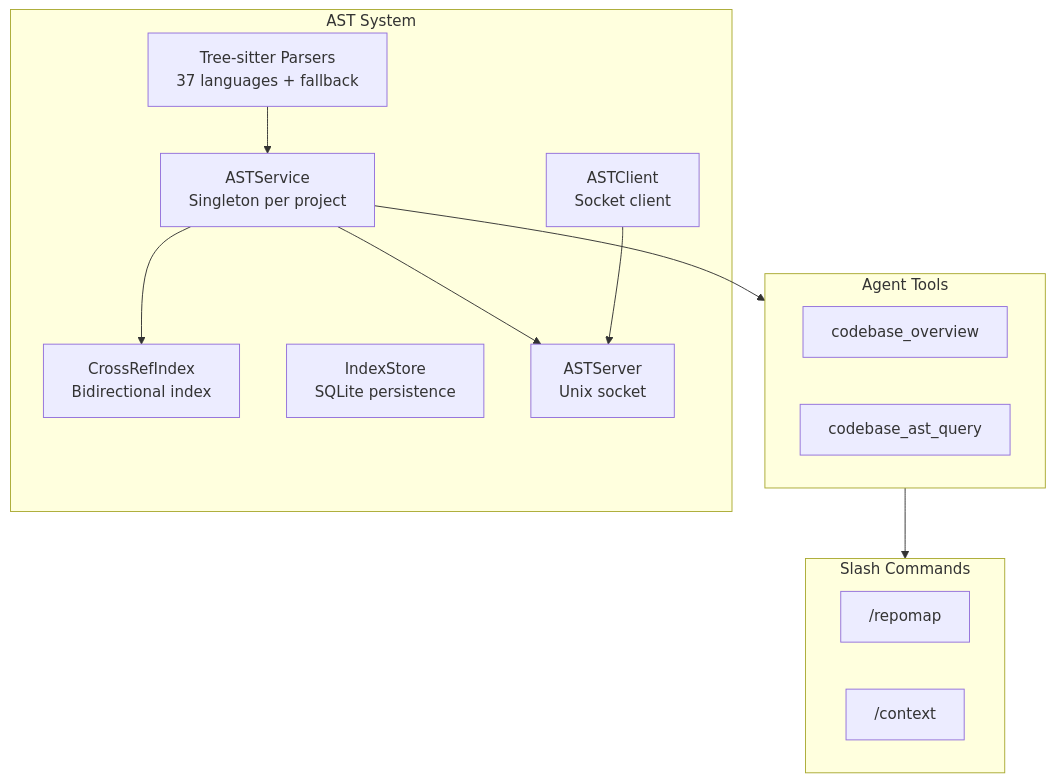
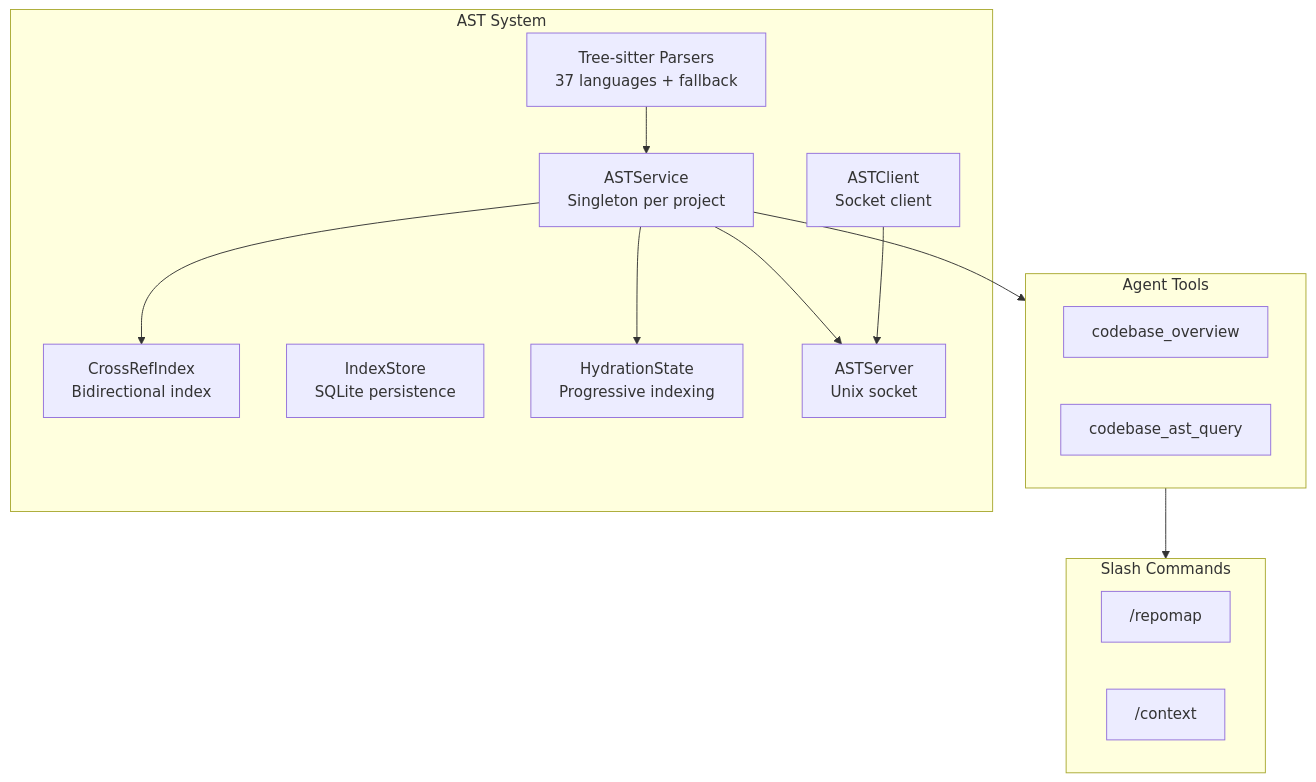
One commit to eren23/attocode changed the first of 2 diagrams in docs/ast-and-code-intelligence.md. Above: the diagram before and after it, drawn with Mermaid. The commit also changed other lines of this file and 18 other files, not shown here.

````diff
--- a/docs/ast-and-code-intelligence.md
+++ b/docs/ast-and-code-intelligence.md
@@ -15,28 +16,30 @@
 ```mermaid
 flowchart TB
     subgraph AST["AST System"]
         Parser[Tree-sitter Parsers<br/>37 languages + fallback]
         Service[ASTService<br/>Singleton per project]
         Index[CrossRefIndex<br/>Bidirectional index]
         Store[IndexStore<br/>SQLite persistence]
+        Hydration[HydrationState<br/>Progressive indexing]
         Server[ASTServer<br/>Unix socket]
         Client[ASTClient<br/>Socket client]
     end
 
     subgraph Tools["Agent Tools"]
         Overview[codebase_overview]
         Query[codebase_ast_query]
     end
 
     subgraph Commands["Slash Commands"]
         Repomap["/repomap"]
         Context["/context"]
     end
 
     Parser --> Service
     Service --> Index
+    Service --> Hydration
     Service --> Server
     Client --> Server
     Service --> Tools
     Tools --> Commands
 ```
````
